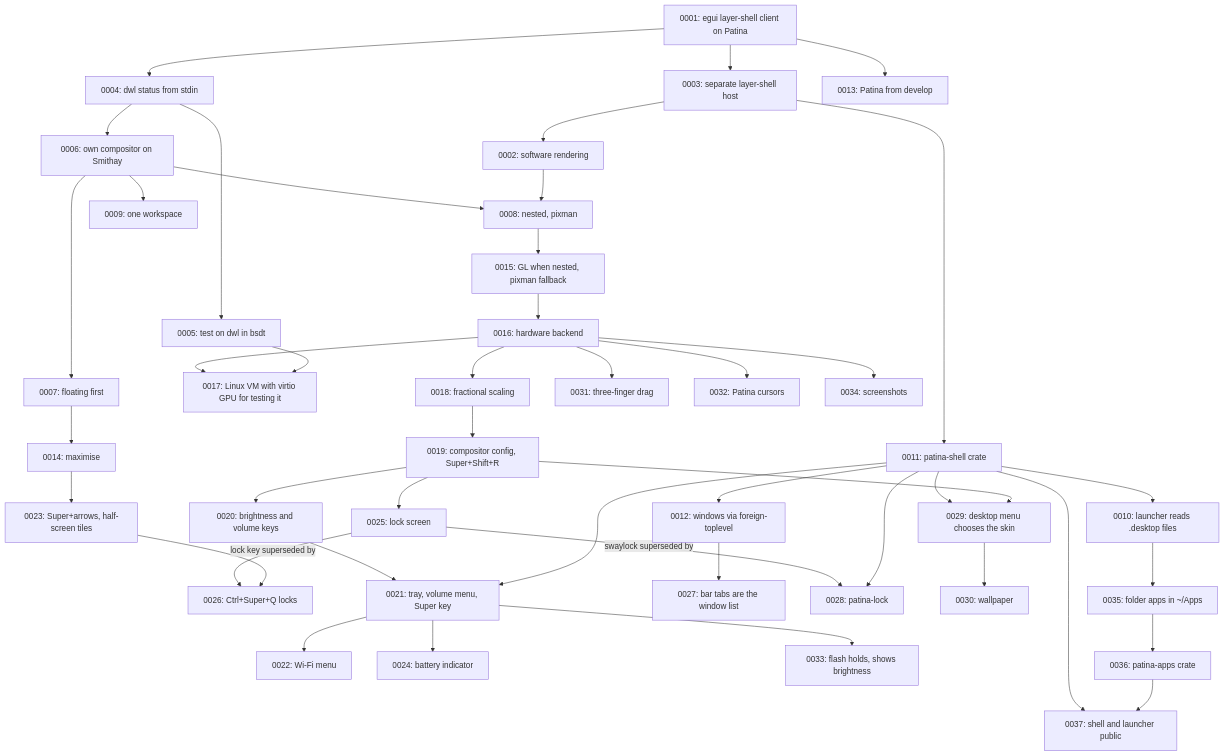
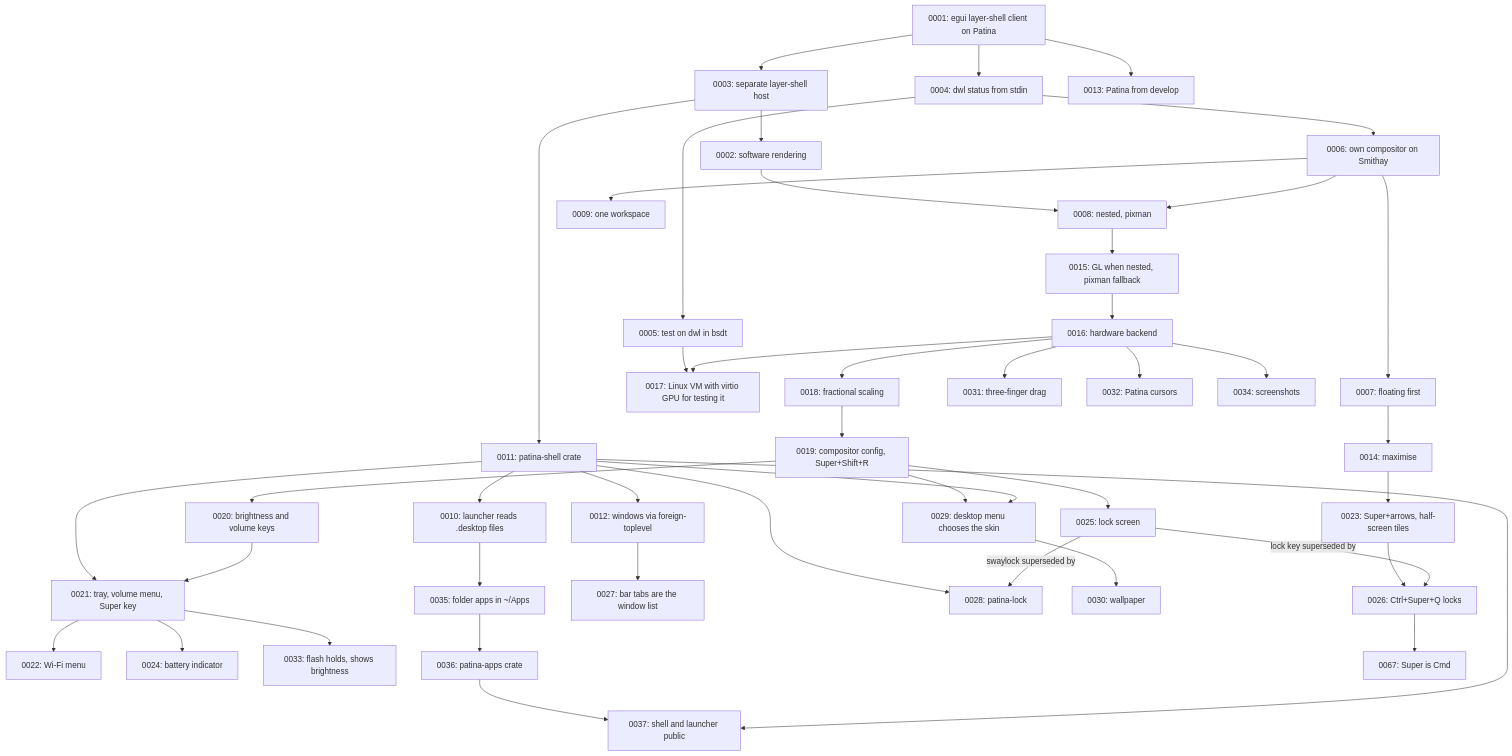
The diagram in docs/adr/README.md (Sector-F-Labs/patina-desktop), drawn with Mermaid before and after one commit. The commit also changed other lines of this file and 11 other files, not shown here.

Commit message:
Super is Cmd: other Super keys go on as Ctrl, Ctrl+Shift to a terminal; Super+W closes a tab (ADR-0067)

````diff
--- a/docs/adr/README.md
+++ b/docs/adr/README.md
@@ -114,46 +115,47 @@
 ```mermaid
 flowchart TD
     A[0001: egui layer-shell client on Patina] --> B[0003: separate layer-shell host]
     B --> C[0002: software rendering]
     A --> D[0004: dwl status from stdin]
     D --> E[0005: test on dwl in bsdt]
     D --> F[0006: own compositor on Smithay]
     F --> G[0007: floating first]
     G --> N[0014: maximise]
     N --> W[0023: Super+arrows, half-screen tiles]
     F --> H[0008: nested, pixman]
     H --> O[0015: GL when nested, pixman fallback]
     O --> P[0016: hardware backend]
     P --> Q[0017: Linux VM with virtio GPU for testing it]
     P --> R[0018: fractional scaling]
     R --> S[0019: compositor config, Super+Shift+R]
     S --> T[0020: brightness and volume keys]
     S --> Y[0025: lock screen]
     Y -->|lock key superseded by| Z[0026: Ctrl+Super+Q locks]
     W --> Z
     T --> U[0021: tray, volume menu, Super key]
     U --> V[0022: Wi-Fi menu]
     U --> X[0024: battery indicator]
     K --> U
     E --> Q
     C --> H
     F --> I[0009: one workspace]
     B --> K[0011: patina-shell crate]
     K --> J[0010: launcher reads .desktop files]
     K --> L[0012: windows via foreign-toplevel]
     L --> AA[0027: bar tabs are the window list]
     Y -->|swaylock superseded by| AB[0028: patina-lock]
     K --> AB
     K --> AC[0029: desktop menu chooses the skin]
     S --> AC
     AC --> AD[0030: wallpaper]
     P --> AE[0031: three-finger drag]
     P --> AF[0032: Patina cursors]
     U --> AG[0033: flash holds, shows brightness]
     P --> AH[0034: screenshots]
     J --> AI[0035: folder apps in ~/Apps]
     AI --> AJ[0036: patina-apps crate]
     K --> AK[0037: shell and launcher public]
     AJ --> AK
     A --> M[0013: Patina from develop]
+    Z --> CMD[0067: Super is Cmd]
 ```
````
